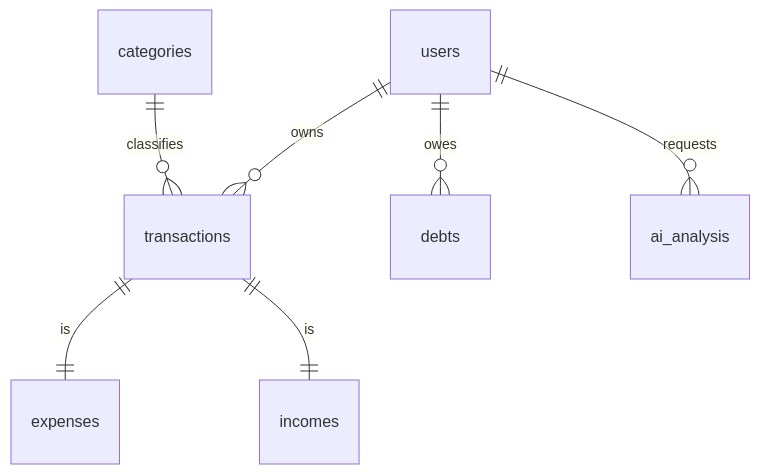
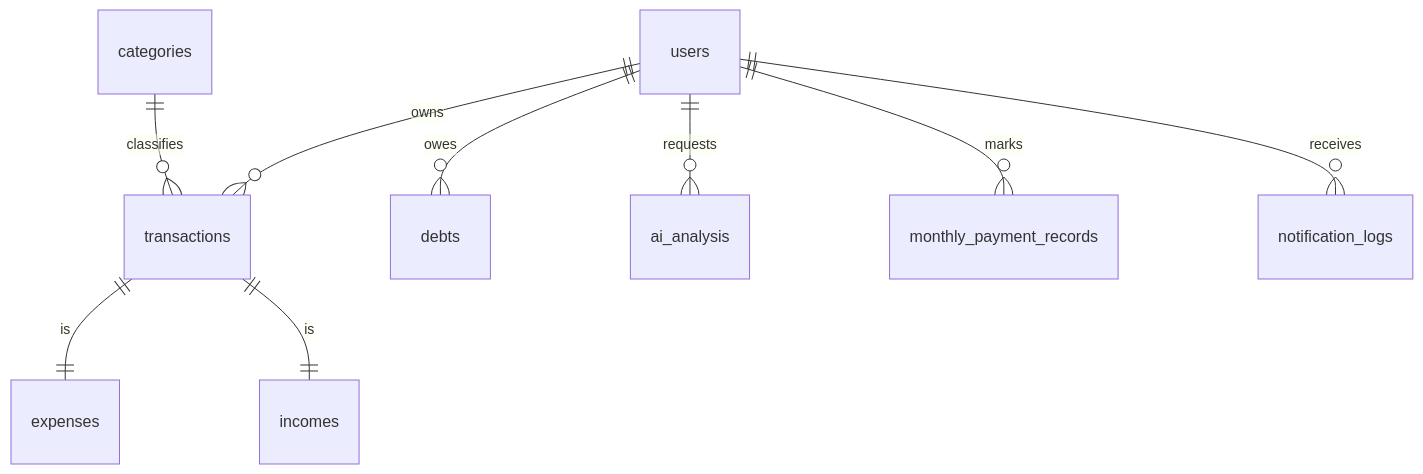
One commit to taint9x/PersonalFinanceManagement changed the diagram in documents/DATABASE_SCHEMA.md. Above: the diagram before and after it, drawn with Mermaid. The commit also changed other lines of this file and 57 other files, not shown here.

Commit message:
[Add] Monthly Overview/Payment Marking/Excel Export/Scheduler -send noti

````diff
--- a/documents/DATABASE_SCHEMA.md
+++ b/documents/DATABASE_SCHEMA.md
@@ -50,9 +77,11 @@
 ```mermaid
 erDiagram
     users ||--o{ transactions : owns
     users ||--o{ debts : owes
     users ||--o{ ai_analysis : requests
+    users ||--o{ monthly_payment_records : marks
+    users ||--o{ notification_logs : receives
     transactions ||--|| expenses : is
     transactions ||--|| incomes : is
     categories ||--o{ transactions : classifies
 ```
````
